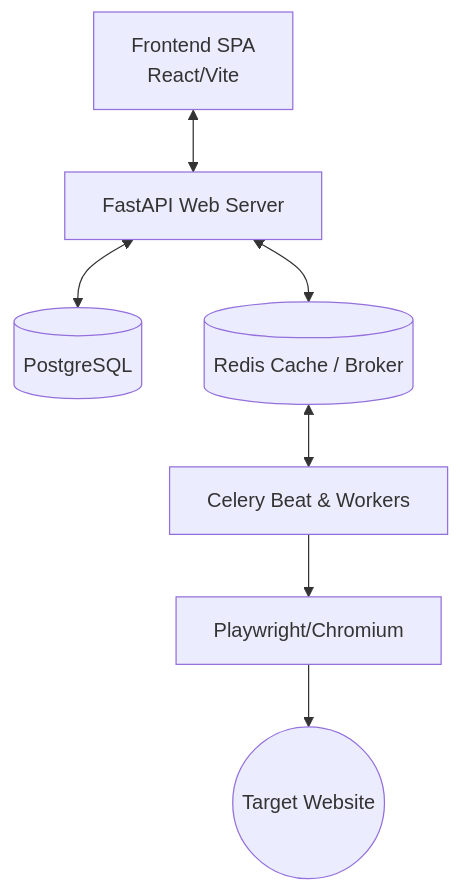
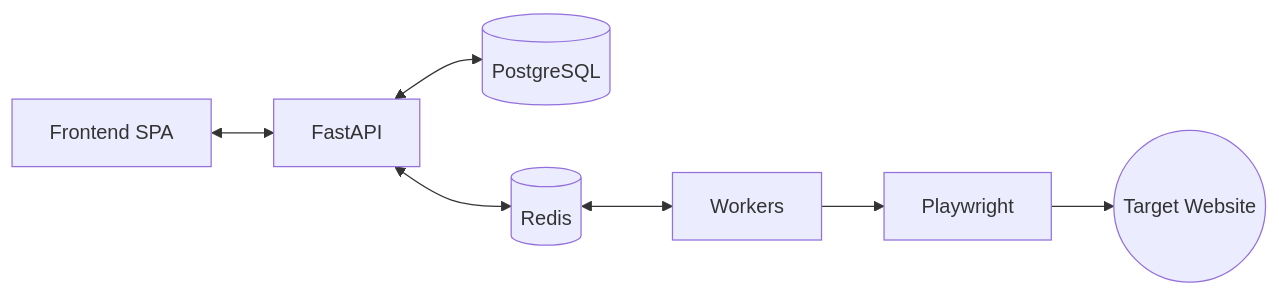
One commit to Ns81000/WARDRESS changed the diagram in docs/introduction.mdx. Above: the diagram before and after it, drawn with Mermaid. The commit also changed other lines of this file and 12 other files, not shown here.

Commit message:
feat: initialize documentation suite including architectural overviews and detailed layer-specific detection logic.

````diff
--- a/docs/introduction.mdx
+++ b/docs/introduction.mdx
@@ -59,9 +48,9 @@
 ```mermaid
-graph TD
-    UI[Frontend SPA<br>React/Vite] <--> API[FastAPI Web Server]
+graph LR
+    UI[Frontend SPA] <--> API[FastAPI]
     API <--> DB[(PostgreSQL)]
-    API <--> REDIS[(Redis Cache / Broker)]
-    REDIS <--> CELERY[Celery Beat & Workers]
-    CELERY --> PLAYWRIGHT[Playwright/Chromium]
+    API <--> REDIS[(Redis)]
+    REDIS <--> CELERY[Workers]
+    CELERY --> PLAYWRIGHT[Playwright]
     PLAYWRIGHT --> TARGET((Target Website))
 ```
````
